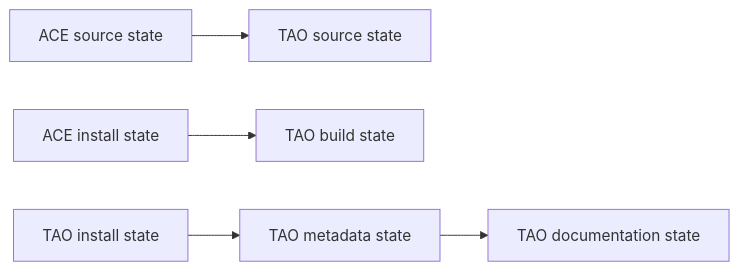
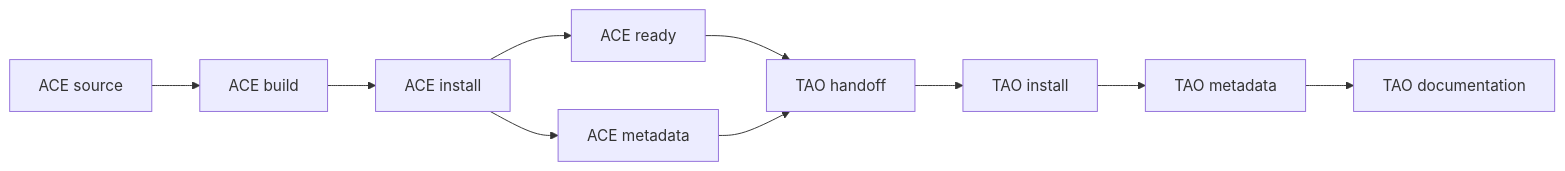
One commit to adeccscholar/BuildEngine-Admin changed the seventh of 10 diagrams in admin/server-docs/library-extensions.md. Above: the diagram before and after it, drawn with Mermaid. The commit also changed other lines of this file, not shown here.

Commit message:
Align extension docs with producer preparation and handoff barrier

````diff
--- a/admin/server-docs/library-extensions.md
+++ b/admin/server-docs/library-extensions.md
@@ -300,7 +290,12 @@
 ```mermaid
 flowchart LR
-    AS[ACE source state] --> TS[TAO source state]
-    AI[ACE install state] --> TB[TAO build state]
-    TI[TAO install state] --> TM[TAO metadata state]
-    TM --> TD[TAO documentation state]
+    AS[ACE source] --> AB[ACE build]
+    AB --> AI[ACE install]
+    AI --> AR[ACE ready]
+    AI --> AM[ACE metadata]
+    AR --> TH[TAO handoff]
+    AM --> TH
+    TH --> TI[TAO install]
+    TI --> TM[TAO metadata]
+    TM --> TD[TAO documentation]
 ```
````
